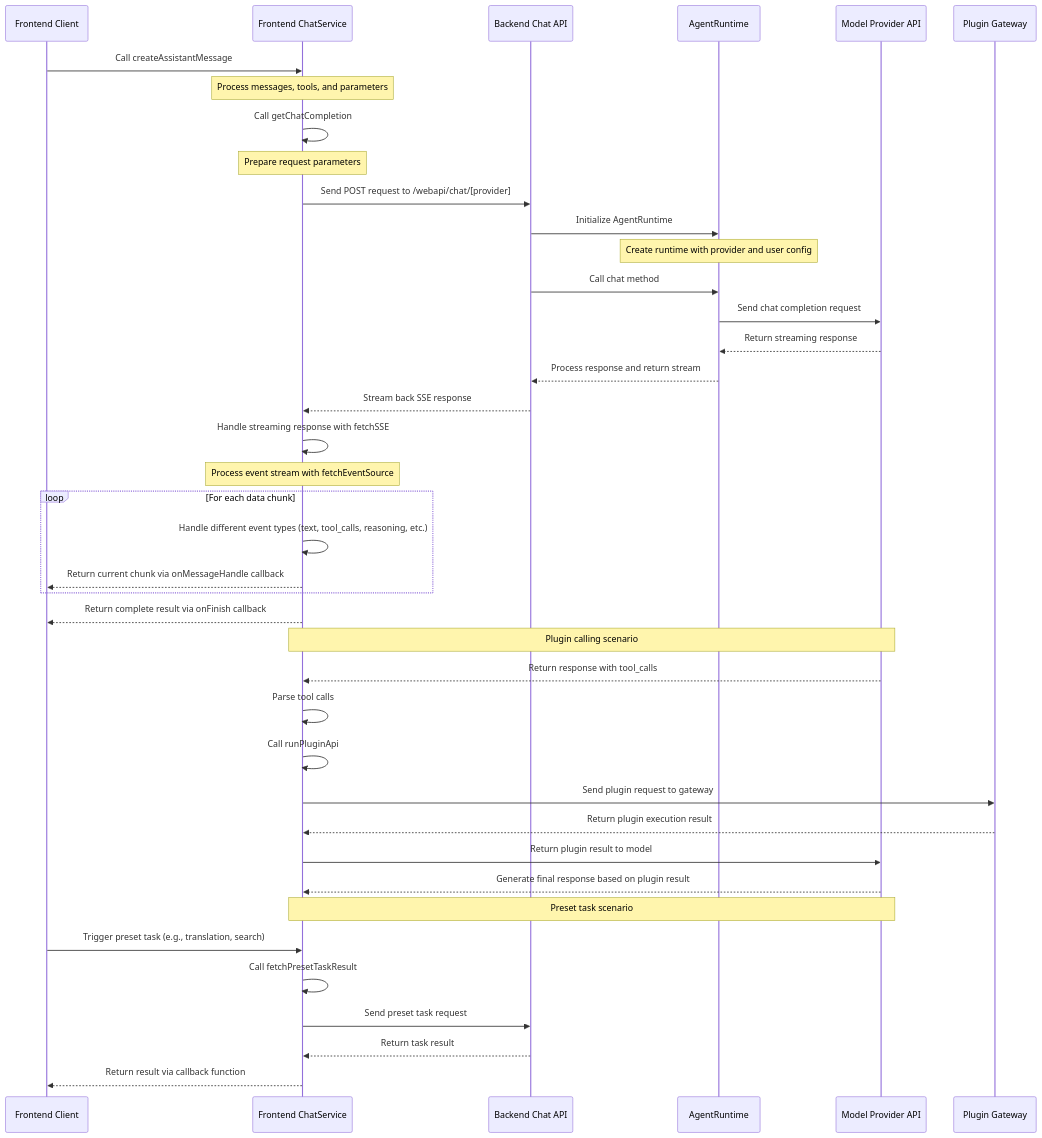
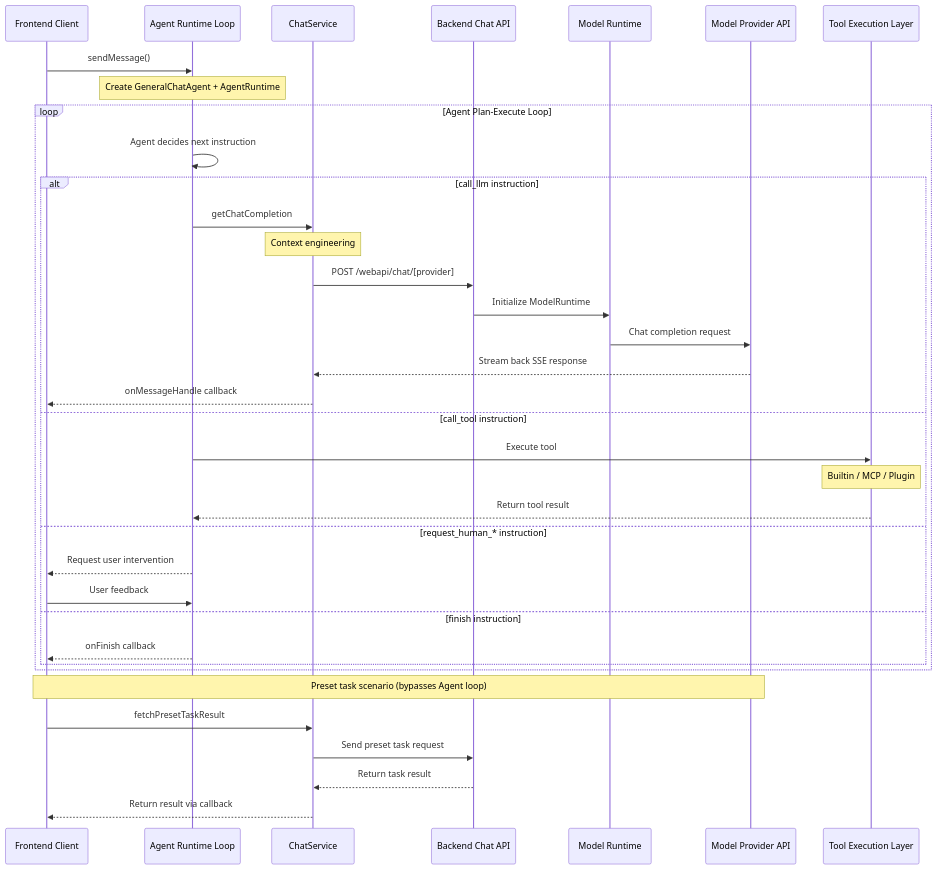
The diagram in docs/development/basic/chat-api.mdx (SmallAi-API/smaihub), drawn with Mermaid before and after one commit. The commit also changed other lines of this file and 189 other files, not shown here.

````diff
--- a/docs/development/basic/chat-api.mdx
+++ b/docs/development/basic/chat-api.mdx
@@ -19,54 +22,45 @@
 ```mermaid
 sequenceDiagram
     participant Client as Frontend Client
-    participant ChatService as Frontend ChatService
+    participant AgentLoop as Agent Runtime Loop
+    participant ChatService as ChatService
     participant ChatAPI as Backend Chat API
-    participant AgentRuntime as AgentRuntime
+    participant ModelRuntime as Model Runtime
     participant ModelProvider as Model Provider API
-    participant PluginGateway as Plugin Gateway
+    participant ToolExecution as Tool Execution Layer
 
-    Client->>ChatService: Call createAssistantMessage
-    Note over ChatService: Process messages, tools, and parameters
+    Client->>AgentLoop: sendMessage()
+    Note over AgentLoop: Create GeneralChatAgent + AgentRuntime
 
-    ChatService->>ChatService: Call getChatCompletion
-    Note over ChatService: Prepare request parameters
+    loop Agent Plan-Execute Loop
+        AgentLoop->>AgentLoop: Agent decides next instruction
 
-    ChatService->>ChatAPI: Send POST request to /webapi/chat/[provider]
+        alt call_llm instruction
+            AgentLoop->>ChatService: getChatCompletion
+            Note over ChatService: Context engineering
+            ChatService->>ChatAPI: POST /webapi/chat/[provider]
+            ChatAPI->>ModelRuntime: Initialize ModelRuntime
+            ModelRuntime->>ModelProvider: Chat completion request
+            ModelProvider-->>ChatService: Stream back SSE response
+            ChatService-->>Client: onMessageHandle callback
 
-    ChatAPI->>AgentRuntime: Initialize AgentRuntime
-    Note over AgentRuntime: Create runtime with provider and user config
+        else call_tool instruction
+            AgentLoop->>ToolExecution: Execute tool
+            Note over ToolExecution: Builtin / MCP / Plugin
+            ToolExecution-->>AgentLoop: Return tool result
 
-    ChatAPI->>AgentRuntime: Call chat method
-    AgentRuntime->>ModelProvider: Send chat completion request
+        else request_human_* instruction
+            AgentLoop-->>Client: Request user intervention
+            Client->>AgentLoop: User feedback
 
-    ModelProvider-->>AgentRuntime: Return streaming response
-    AgentRuntime-->>ChatAPI: Process response and return stream
-
-    ChatAPI-->>ChatService: Stream back SSE response
-
-    ChatService->>ChatService: Handle streaming response with fetchSSE
-    Note over ChatService: Process event stream with fetchEventSource
-
-    loop For each data chunk
-        ChatService->>ChatService: Handle different event types (text, tool_calls, reasoning, etc.)
-        ChatService-->>Client: Return current chunk via onMessageHandle callback
+        else finish instruction
+            AgentLoop-->>Client: onFinish callback
+        end
     end
 
-    ChatService-->>Client: Return complete result via onFinish callback
-
-    Note over ChatService,ModelProvider: Plugin calling scenario
-    ModelProvider-->>ChatService: Return response with tool_calls
-    ChatService->>ChatService: Parse tool calls
-    ChatService->>ChatService: Call runPluginApi
-    ChatService->>PluginGateway: Send plugin request to gateway
-    PluginGateway-->>ChatService: Return plugin execution result
-    ChatService->>ModelProvider: Return plugin result to model
-    ModelProvider-->>ChatService: Generate final response based on plugin result
-
-    Note over ChatService,ModelProvider: Preset task scenario
-    Client->>ChatService: Trigger preset task (e.g., translation, search)
-    ChatService->>ChatService: Call fetchPresetTaskResult
+    Note over Client,ModelProvider: Preset task scenario (bypasses Agent loop)
+    Client->>ChatService: fetchPresetTaskResult
     ChatService->>ChatAPI: Send preset task request
     ChatAPI-->>ChatService: Return task result
-    ChatService-->>Client: Return result via callback function
+    ChatService-->>Client: Return result via callback
 ```
````
